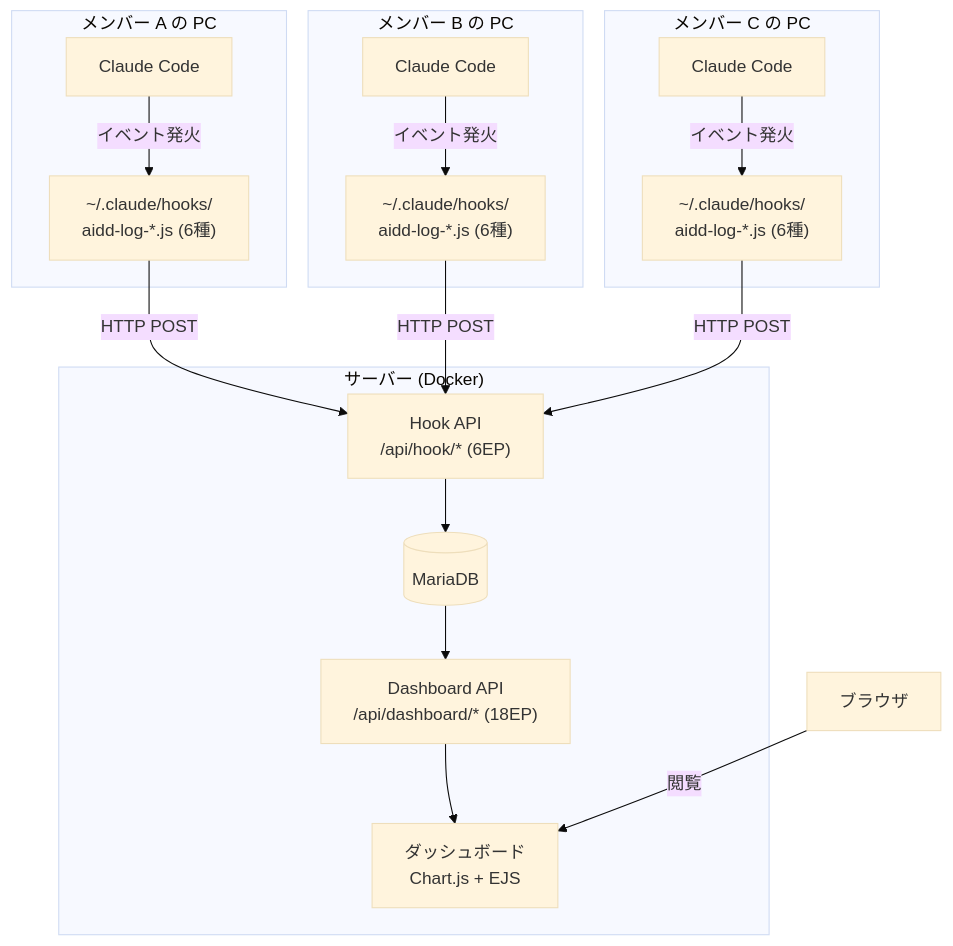
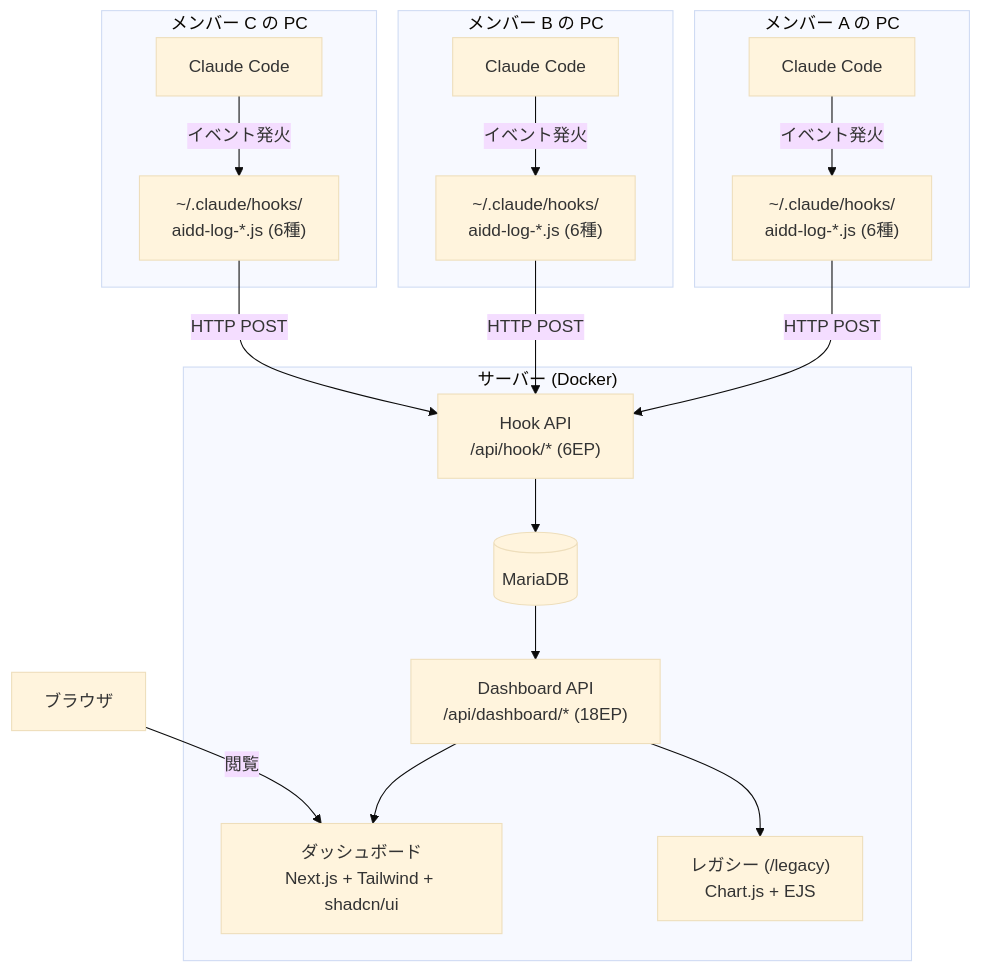
Before and after one commit to thirai-classlab/claude-activity-tracker: the first of 4 diagrams in README.md, drawn with Mermaid (base theme). The commit also changed other lines of this file and 96 other files, not shown here.

````diff
--- a/README.md
+++ b/README.md
@@ -30,27 +30,28 @@
 ```mermaid
 graph TB
     subgraph "メンバー A の PC"
         CC_A[Claude Code] -->|イベント発火| H_A["~/.claude/hooks/<br/>aidd-log-*.js (6種)"]
     end
 
     subgraph "メンバー B の PC"
         CC_B[Claude Code] -->|イベント発火| H_B["~/.claude/hooks/<br/>aidd-log-*.js (6種)"]
     end
 
     subgraph "メンバー C の PC"
         CC_C[Claude Code] -->|イベント発火| H_C["~/.claude/hooks/<br/>aidd-log-*.js (6種)"]
     end
 
     H_A -->|HTTP POST| API
     H_B -->|HTTP POST| API
     H_C -->|HTTP POST| API
 
     subgraph "サーバー (Docker)"
         API["Hook API<br/>/api/hook/* (6EP)"]
         API --> DB[(MariaDB)]
         DB --> DASH_API["Dashboard API<br/>/api/dashboard/* (18EP)"]
-        DASH_API --> DASH["ダッシュボード<br/>Chart.js + EJS"]
+        DASH_API --> DASH["ダッシュボード<br/>Next.js + Tailwind + shadcn/ui"]
+        DASH_API --> LEGACY["レガシー (/legacy)<br/>Chart.js + EJS"]
     end
 
     BROWSER[ブラウザ] -->|閲覧| DASH
 ```
````
